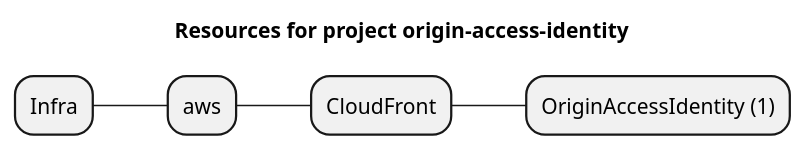
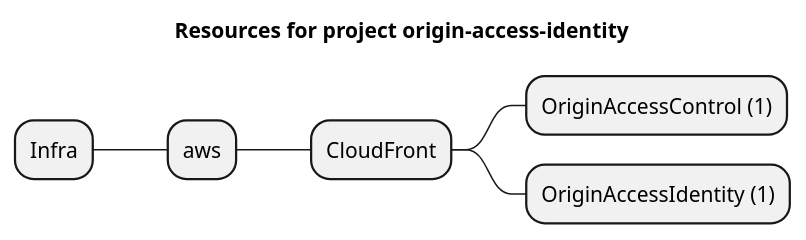
The diagram in examples/aws/CloudFront/origin-access-identity/artifacts/resources-mindmap.puml (grucloud/grucloud), drawn with PlantUML before and after one commit. The commit also changed 14 other files, not shown here.

```diff
--- a/examples/aws/CloudFront/origin-access-identity/artifacts/resources-mindmap.puml
+++ b/examples/aws/CloudFront/origin-access-identity/artifacts/resources-mindmap.puml
@@ -1,8 +1,9 @@
 @startmindmap
 title Resources for project origin-access-identity
 skinparam monochrome true
 + Infra
 ++ aws
 +++ CloudFront
+++++ OriginAccessControl (1)
 ++++ OriginAccessIdentity (1)
 @endmindmap
```
